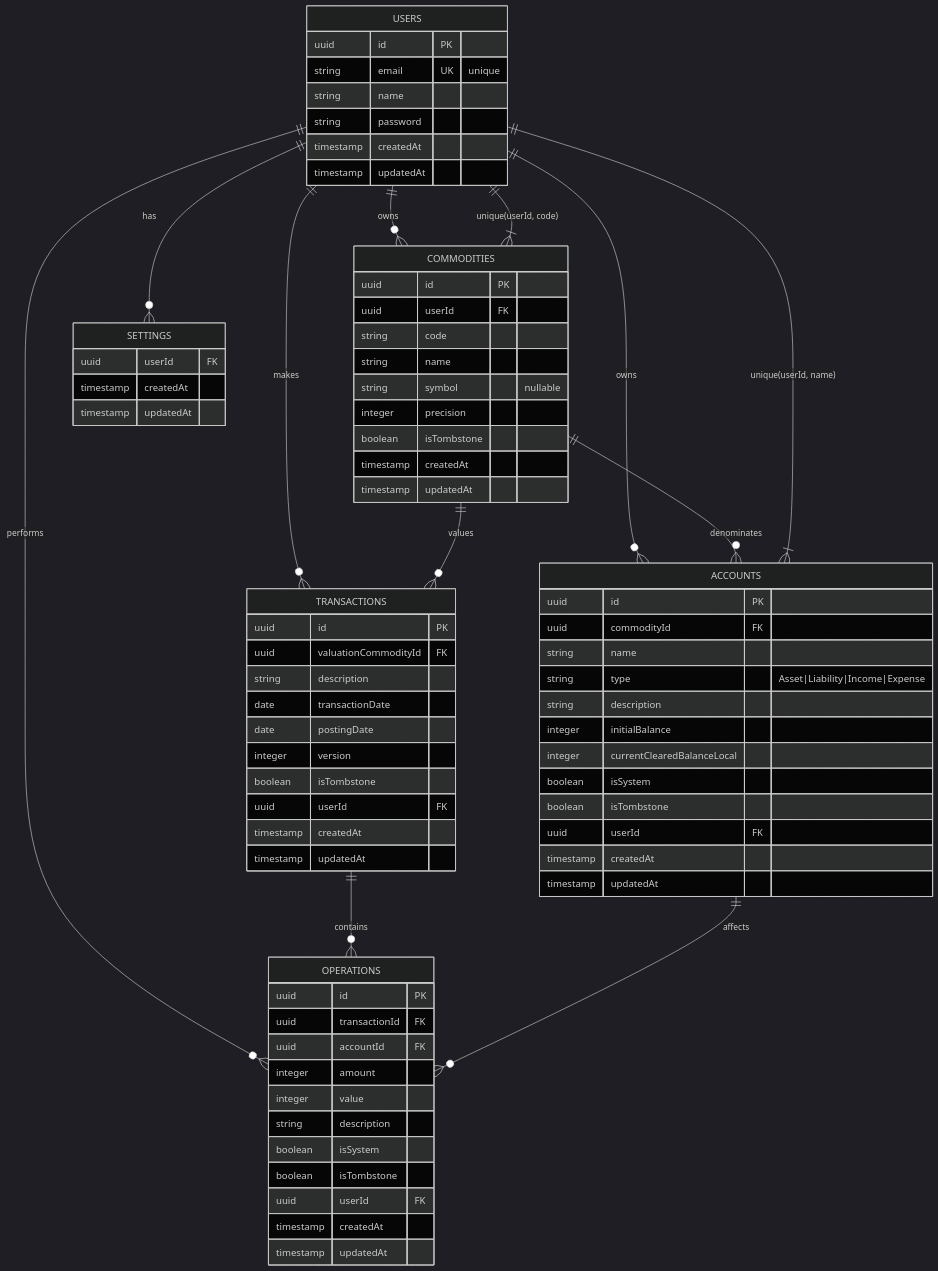
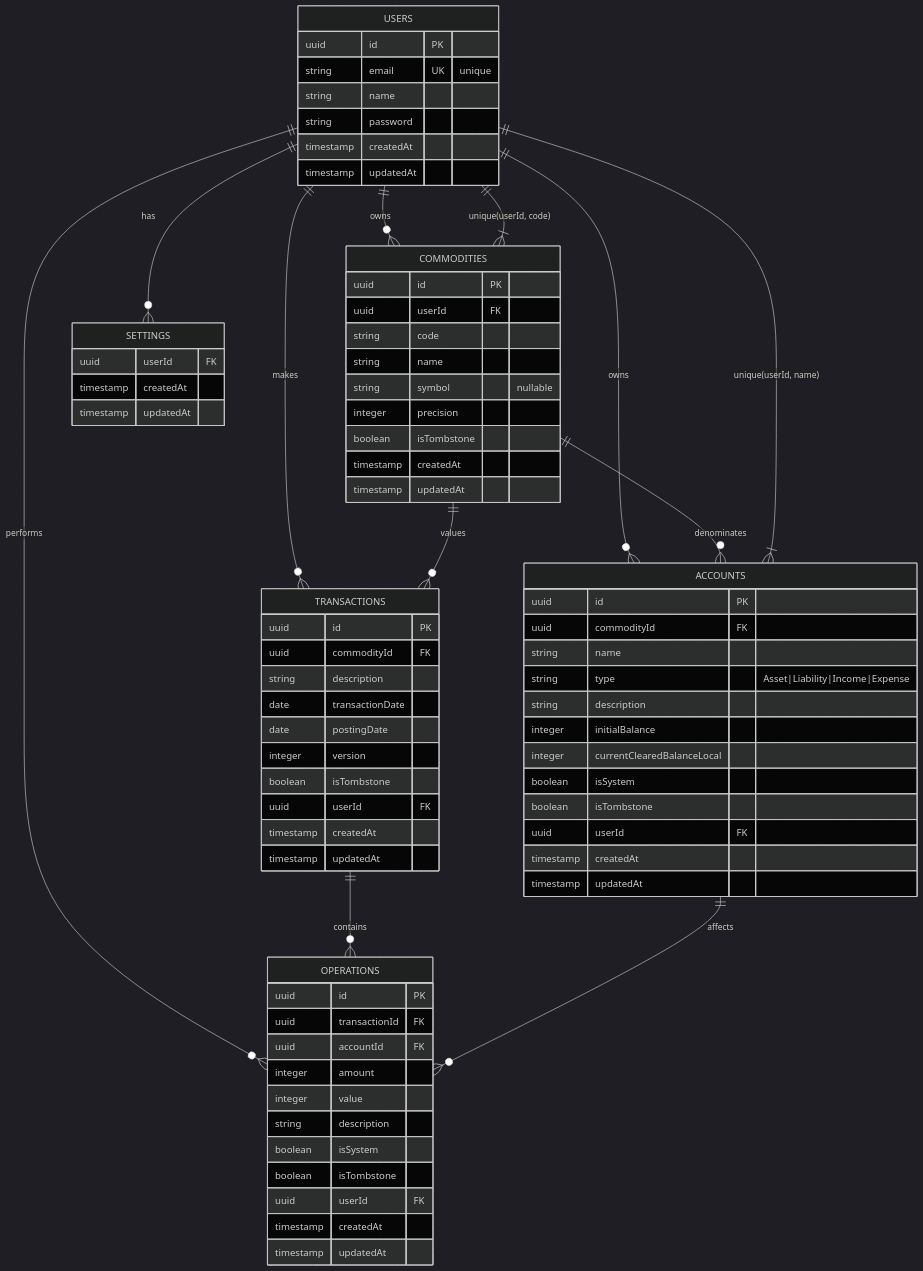
The diagram in docs/DATABASE_SCHEMA.md (gorushkin/ledgerly), drawn with Mermaid (dark theme) before and after one commit. The commit also changed other lines of this file and 10 other files, not shown here.

```diff
--- a/docs/DATABASE_SCHEMA.md
+++ b/docs/DATABASE_SCHEMA.md
@@ -58,7 +58,7 @@
 
     TRANSACTIONS {
         uuid id PK
-        uuid valuationCommodityId FK
+        uuid commodityId FK
         string description
         date transactionDate
         date postingDate
```
